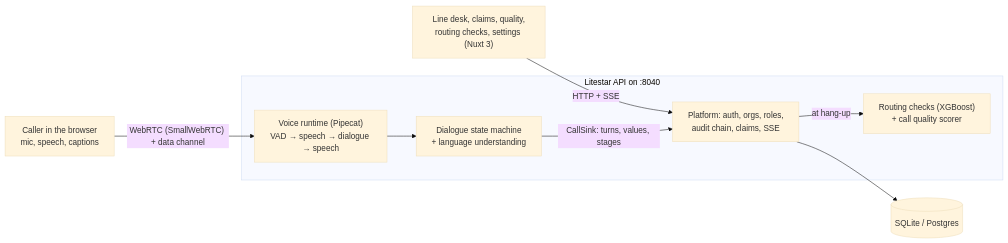
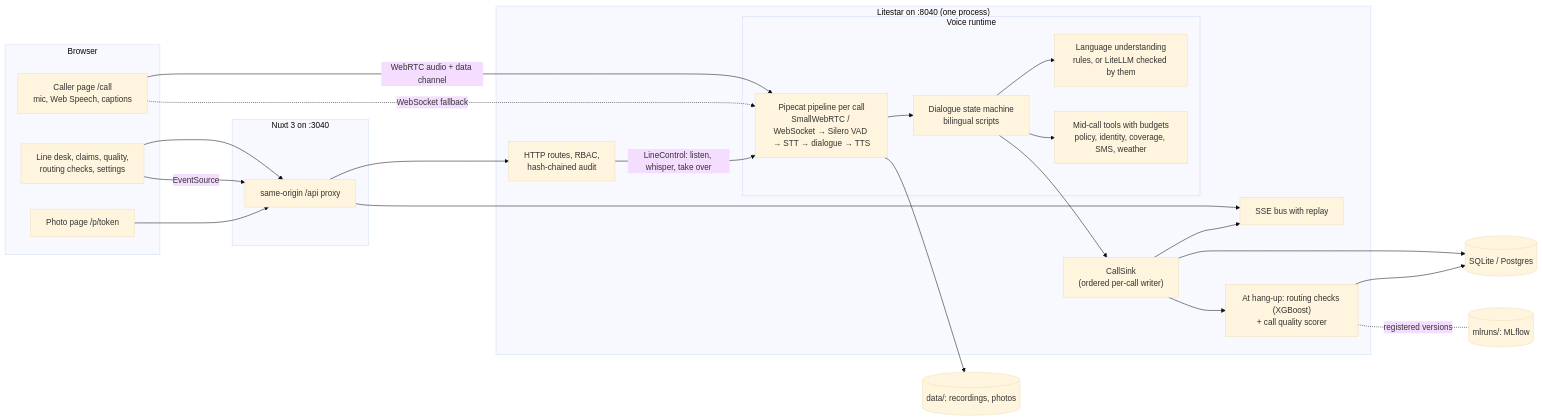
One commit to moeiz16/ClaimVoice changed the first of 2 diagrams in README.md. Above: the diagram before and after it, drawn with Mermaid (base theme). The commit also changed other lines of this file and 10 other files, not shown here.

Commit message:
docs: README with the voice pipeline, dialogue machine, routing checks, measured results and screenshots

````diff
--- a/README.md
+++ b/README.md
@@ -44,14 +134,40 @@
 ```mermaid
 flowchart LR
-  Caller["Caller in the browser<br/>mic, speech, captions"] -- "WebRTC (SmallWebRTC) + data channel" --> Voice
-  Desk["Line desk, claims, quality,<br/>routing checks, settings (Nuxt 3)"] -- "HTTP + SSE" --> API
-  subgraph Server["Litestar API on :8040"]
-    API["Platform: auth, orgs, roles,<br/>audit chain, claims, SSE"]
-    Voice["Voice runtime (Pipecat)<br/>VAD → speech → dialogue → speech"]
-    Dialogue["Dialogue state machine<br/>+ language understanding"]
-    Checks["Routing checks (XGBoost)<br/>+ call quality scorer"]
+  subgraph Browser
+    Caller["Caller page /call<br/>mic, Web Speech, captions"]
+    Desk["Line desk, claims, quality,<br/>routing checks, settings"]
+    Phone["Photo page /p/token"]
   end
-  Voice --> Dialogue -- "CallSink: turns, values, stages" --> API
-  API -- "at hang-up" --> Checks
-  API --> DB[("SQLite / Postgres")]
+  subgraph Web["Nuxt 3 on :3040"]
+    Proxy["same-origin /api proxy"]
+  end
+  subgraph API["Litestar on :8040 (one process)"]
+    HTTP["HTTP routes, RBAC,<br/>hash-chained audit"]
+    SSE["SSE bus with replay"]
+    subgraph Voice["Voice runtime"]
+      Pipe["Pipecat pipeline per call<br/>SmallWebRTC / WebSocket → Silero VAD → STT → dialogue → TTS"]
+      Dlg["Dialogue state machine<br/>bilingual scripts"]
+      NLU["Language understanding<br/>rules, or LiteLLM checked by them"]
+      Tools["Mid-call tools with budgets<br/>policy, identity, coverage, SMS, weather"]
+    end
+    Sink["CallSink<br/>(ordered per-call writer)"]
+    Score["At hang-up: routing checks (XGBoost)<br/>+ call quality scorer"]
+  end
+  DB[("SQLite / Postgres")]
+  Files[("data/: recordings, photos")]
+  MLflow[("mlruns/: MLflow")]
+
+  Caller -- "WebRTC audio + data channel" --> Pipe
+  Caller -. "WebSocket fallback" .-> Pipe
+  Desk --> Proxy --> HTTP
+  Desk -- "EventSource" --> Proxy --> SSE
+  Phone --> Proxy
+  HTTP -- "LineControl: listen, whisper, take over" --> Pipe
+  Pipe --> Dlg --> NLU
+  Dlg --> Tools
+  Dlg --> Sink --> DB
+  Sink --> SSE
+  Sink --> Score --> DB
+  Pipe --> Files
+  Score -. "registered versions" .- MLflow
 ```
````
